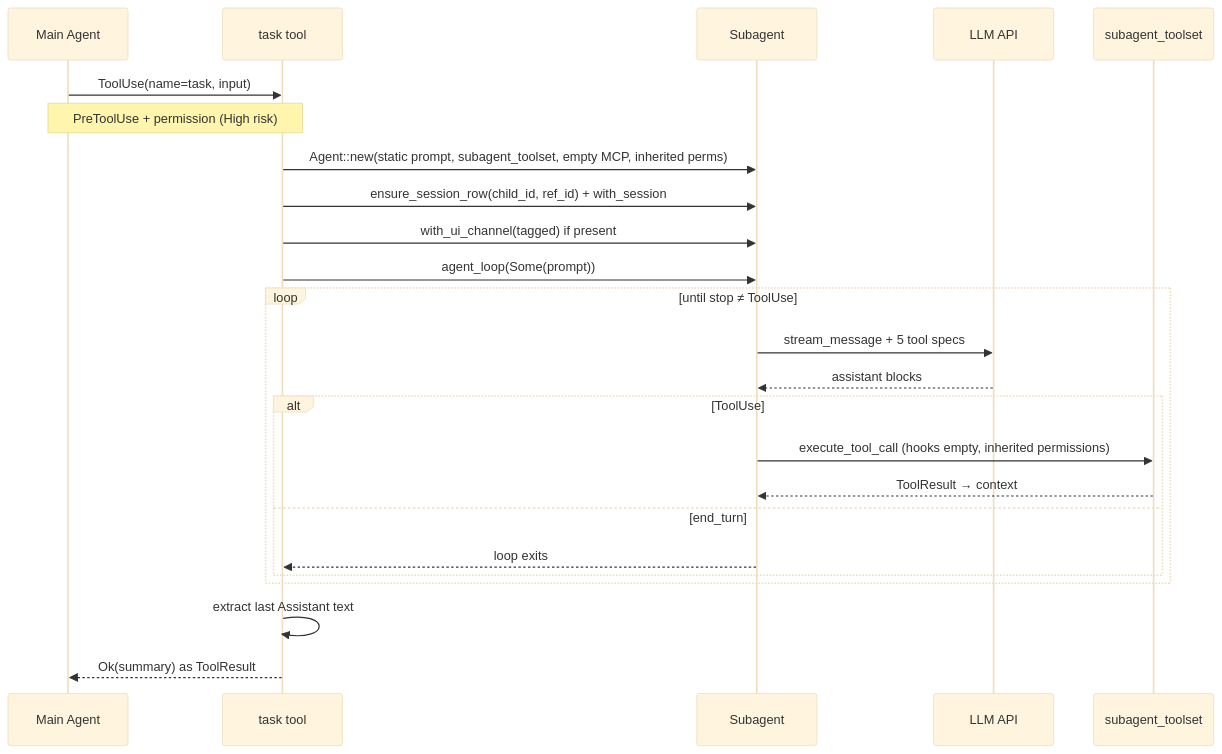
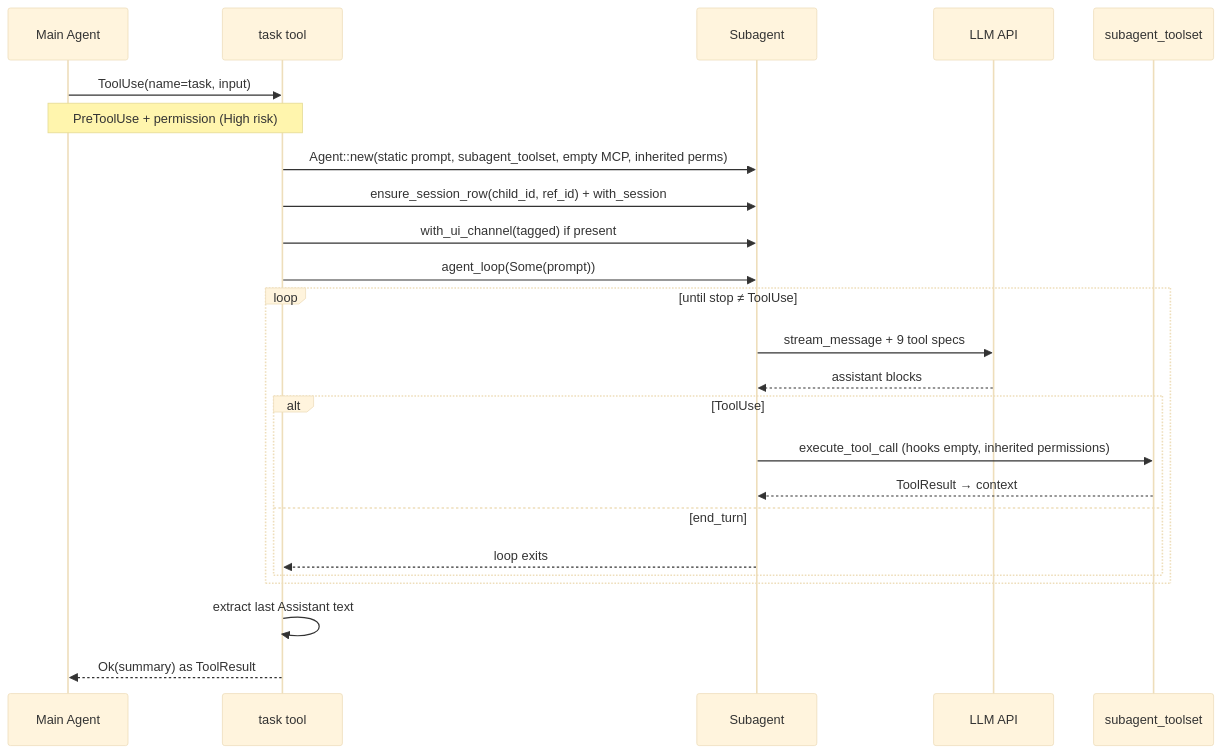
Before and after one commit to rust-infra/tact: the first of 5 diagrams in book/12_chapter_subagent.md, drawn with Mermaid (base theme). The commit also changed other lines of this file and 9 other files, not shown here.

````diff
--- a/book/12_chapter_subagent.md
+++ b/book/12_chapter_subagent.md
@@ -92,29 +92,29 @@
 ```mermaid
 sequenceDiagram
     participant Parent as Main Agent
     participant Task as task tool
     participant Sub as Subagent
     participant LLM as LLM API
     participant Tools as subagent_toolset
 
     Parent->>Task: ToolUse(name=task, input)
     Note over Parent,Task: PreToolUse + permission (High risk)
     Task->>Sub: Agent::new(static prompt, subagent_toolset, empty MCP, inherited perms)
     Task->>Sub: ensure_session_row(child_id, ref_id) + with_session
     Task->>Sub: with_ui_channel(tagged) if present
     Task->>Sub: agent_loop(Some(prompt))
 
     loop until stop ≠ ToolUse
-        Sub->>LLM: stream_message + 5 tool specs
+        Sub->>LLM: stream_message + 9 tool specs
         LLM-->>Sub: assistant blocks
         alt ToolUse
             Sub->>Tools: execute_tool_call (hooks empty, inherited permissions)
             Tools-->>Sub: ToolResult → context
         else end_turn
             Sub-->>Task: loop exits
         end
     end
 
     Task->>Task: extract last Assistant text
     Task-->>Parent: Ok(summary) as ToolResult
 ```
````
